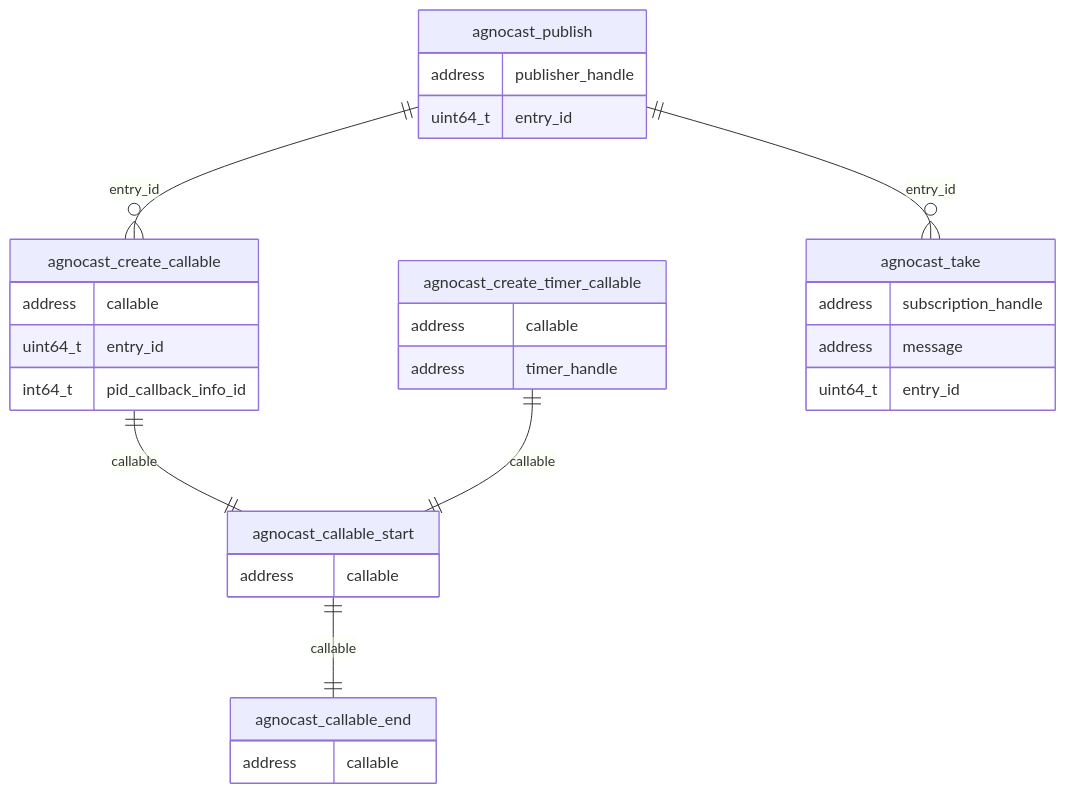
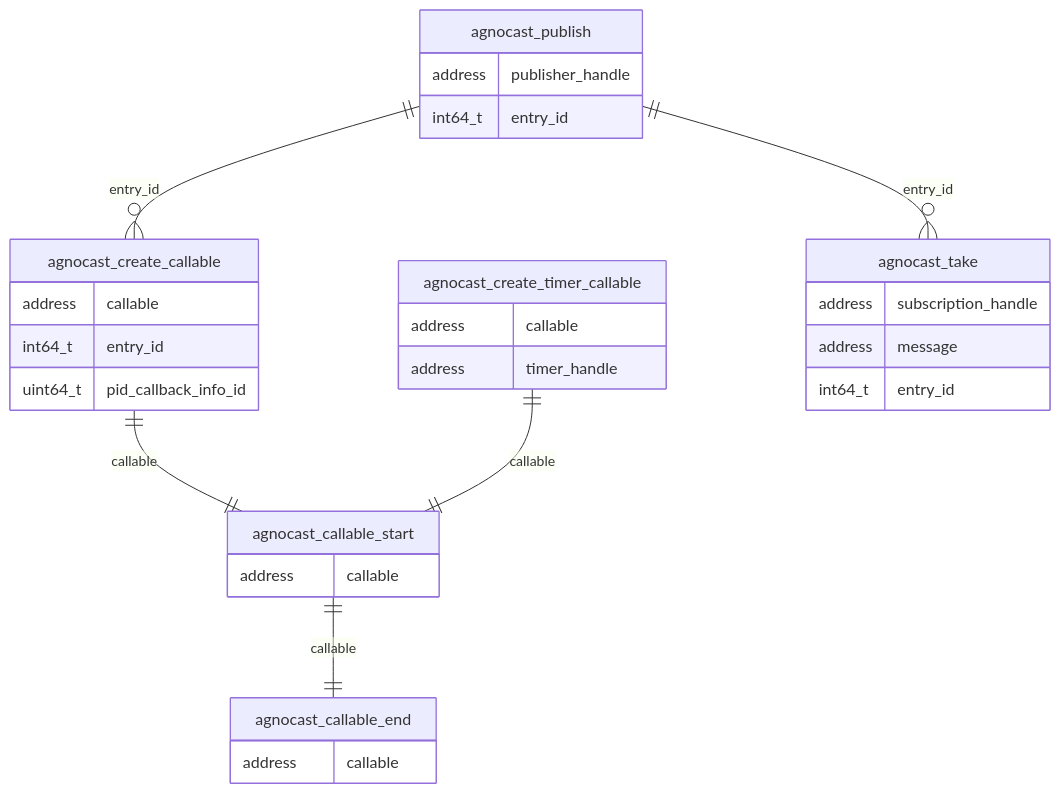
One commit to tier4/caret_doc changed the diagram in docs/design/trace_points/agnocast_runtime_tracepoints.md. Above: the diagram before and after it, drawn with Mermaid. The commit also changed other lines of this file and 2 other files, not shown here.

````diff
--- a/docs/design/trace_points/agnocast_runtime_tracepoints.md
+++ b/docs/design/trace_points/agnocast_runtime_tracepoints.md
@@ -3,38 +3,38 @@
 ```mermaid
 erDiagram
   agnocast_publish {
     address publisher_handle
-    uint64_t entry_id
+    int64_t entry_id
   }
 
   agnocast_create_callable {
     address callable
-    uint64_t entry_id
-    int64_t pid_callback_info_id
+    int64_t entry_id
+    uint64_t pid_callback_info_id
   }
 
   agnocast_create_timer_callable {
     address callable
     address timer_handle
   }
 
   agnocast_callable_start {
     address callable
   }
 
   agnocast_callable_end {
     address callable
   }
 
   agnocast_take {
     address subscription_handle
     address message
-    uint64_t entry_id
+    int64_t entry_id
   }
 
   agnocast_publish ||--o{ agnocast_create_callable : entry_id
   agnocast_publish ||--o{ agnocast_take : entry_id
   agnocast_create_callable ||--|| agnocast_callable_start : callable
   agnocast_create_timer_callable ||--|| agnocast_callable_start : callable
   agnocast_callable_start ||--|| agnocast_callable_end : callable
 ```
````
